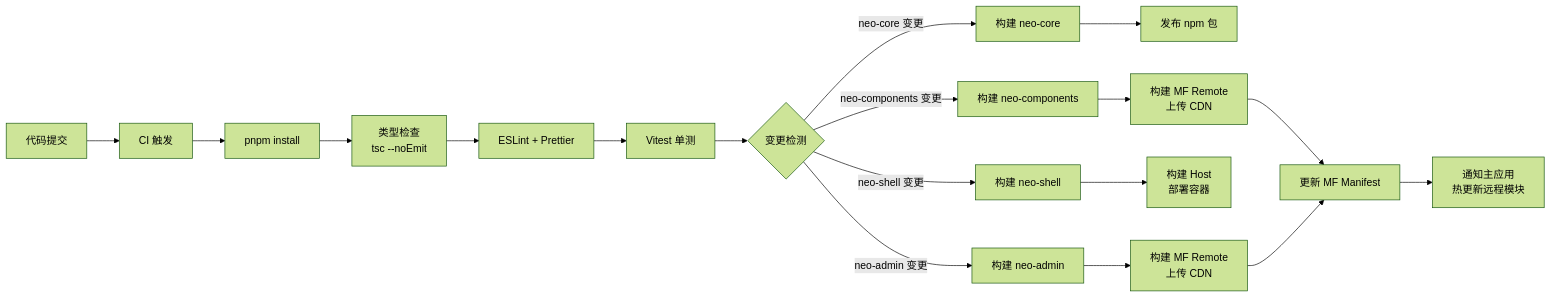
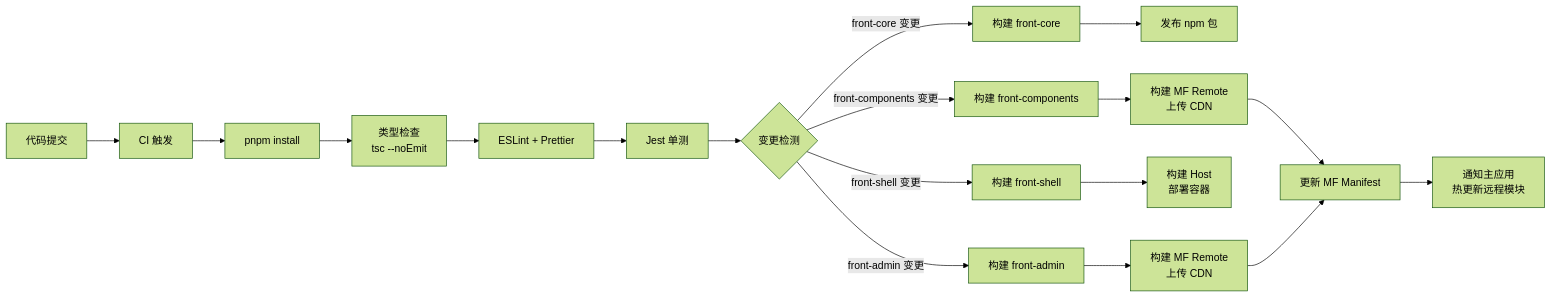
The fifth of 6 diagrams in product-specs/frontend-framework/新一代前端框架设计方案.md (chengqipeng/ai-pm-team), drawn with Mermaid (forest theme) before and after one commit. The commit also changed other lines of this file and 4 other files, not shown here.

````diff
--- a/product-specs/frontend-framework/新一代前端框架设计方案.md
+++ b/product-specs/frontend-framework/新一代前端框架设计方案.md
@@ -1304,23 +1263,23 @@
 ```mermaid
 flowchart LR
     A[代码提交] --> B[CI 触发]
     B --> C[pnpm install]
     C --> D[类型检查<br/>tsc --noEmit]
     D --> E[ESLint + Prettier]
-    E --> F[Vitest 单测]
+    E --> F[Jest 单测]
     F --> G{变更检测}
 
-    G -->|neo-core 变更| H1[构建 neo-core]
-    G -->|neo-components 变更| H2[构建 neo-components]
-    G -->|neo-shell 变更| H3[构建 neo-shell]
-    G -->|neo-admin 变更| H4[构建 neo-admin]
+    G -->|front-core 变更| H1[构建 front-core]
+    G -->|front-components 变更| H2[构建 front-components]
+    G -->|front-shell 变更| H3[构建 front-shell]
+    G -->|front-admin 变更| H4[构建 front-admin]
 
     H1 --> I[发布 npm 包]
     H2 --> J[构建 MF Remote<br/>上传 CDN]
     H3 --> K[构建 Host<br/>部署容器]
     H4 --> L[构建 MF Remote<br/>上传 CDN]
 
     J --> M[更新 MF Manifest]
     L --> M
     M --> N[通知主应用<br/>热更新远程模块]
 ```
````
